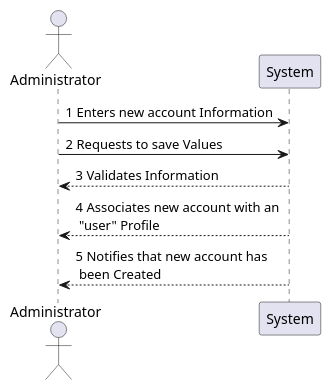
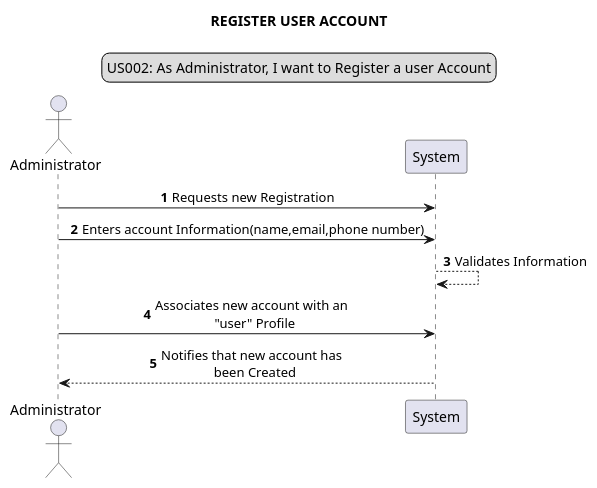
The fourth of 25 diagrams in docs/data_model/System Sequence Diagram.puml (Loracline/project_switch_22-23), drawn with PlantUML before and after one commit. The commit also changed other lines of this file, not shown here.

First line of the commit message:
[None US number]: [Project]: [System Sequence Diagram]

```diff
--- a/docs/data_model/System Sequence Diagram.puml
+++ b/docs/data_model/System Sequence Diagram.puml
@@ -38,8 +47,14 @@
 @startuml
+skinparam sequenceMessageAlign center
+autonumber
+title REGISTER USER ACCOUNT
+legend top
+US002: As Administrator, I want to Register a user Account
+end legend
 actor Administrator as Admin
-Admin -> System:1 Enters new account Information
-Admin -> System:2 Requests to save Values
-Admin <-- System:3 Validates Information
-Admin <-- System:4 Associates new account with an \n "user" Profile
-Admin <-- System:5 Notifies that new account has \n been Created
+Admin -> System: Requests new Registration
+Admin -> System: Enters account Information(name,email,phone number)
+System --> System: Validates Information
+Admin -> System: Associates new account with an \n "user" Profile
+Admin <-- System: Notifies that new account has \n been Created
 @enduml
```
